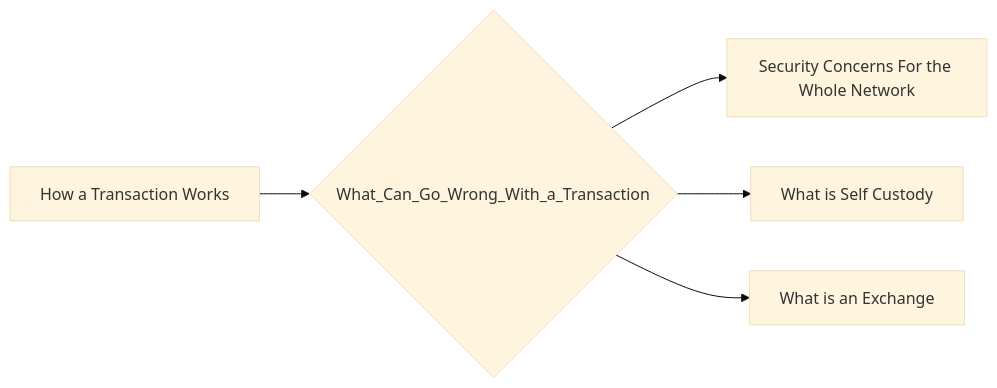
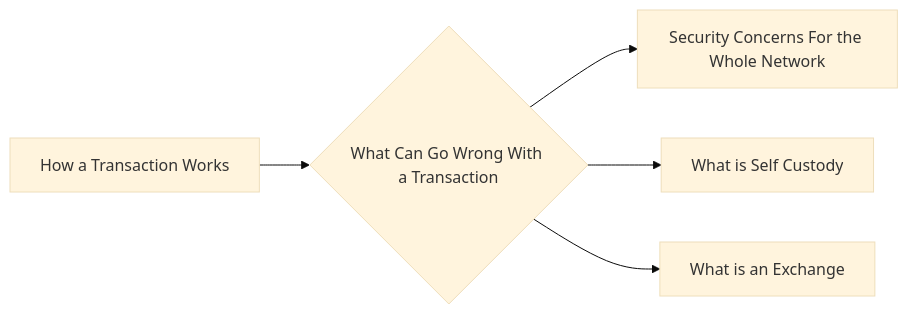
Before and after one commit to lpurdy01/crypto-knowledge-map: the diagram in notes/What_Can_Go_Wrong_With_a_Transaction.md, drawn with Mermaid (base theme). The commit also changed 58 other files, not shown here.

````diff
--- a/notes/What_Can_Go_Wrong_With_a_Transaction.md
+++ b/notes/What_Can_Go_Wrong_With_a_Transaction.md
@@ -6,7 +6,7 @@
 ```mermaid
 graph LR
-1["How a Transaction Works"]-->0{"What_Can_Go_Wrong_With_a_Transaction"}
-0{"What_Can_Go_Wrong_With_a_Transaction"}-->2["Security Concerns For the Whole Network"]
-0{"What_Can_Go_Wrong_With_a_Transaction"}-->3["What is Self Custody"]
-0{"What_Can_Go_Wrong_With_a_Transaction"}-->4["What is an Exchange"]
+1["How a Transaction Works"]-->0{"What Can Go Wrong With a Transaction"}
+0{"What Can Go Wrong With a Transaction"}-->2["Security Concerns For the Whole Network"]
+0{"What Can Go Wrong With a Transaction"}-->3["What is Self Custody"]
+0{"What Can Go Wrong With a Transaction"}-->4["What is an Exchange"]
 ```
````
